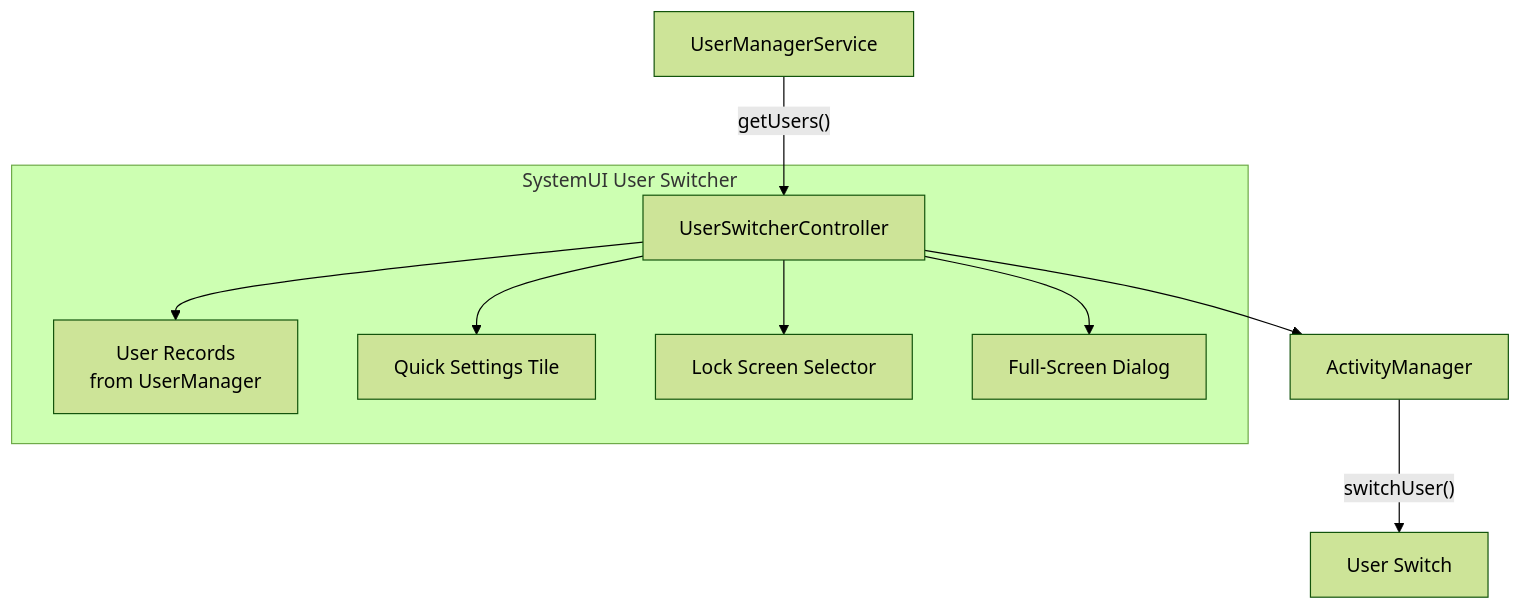
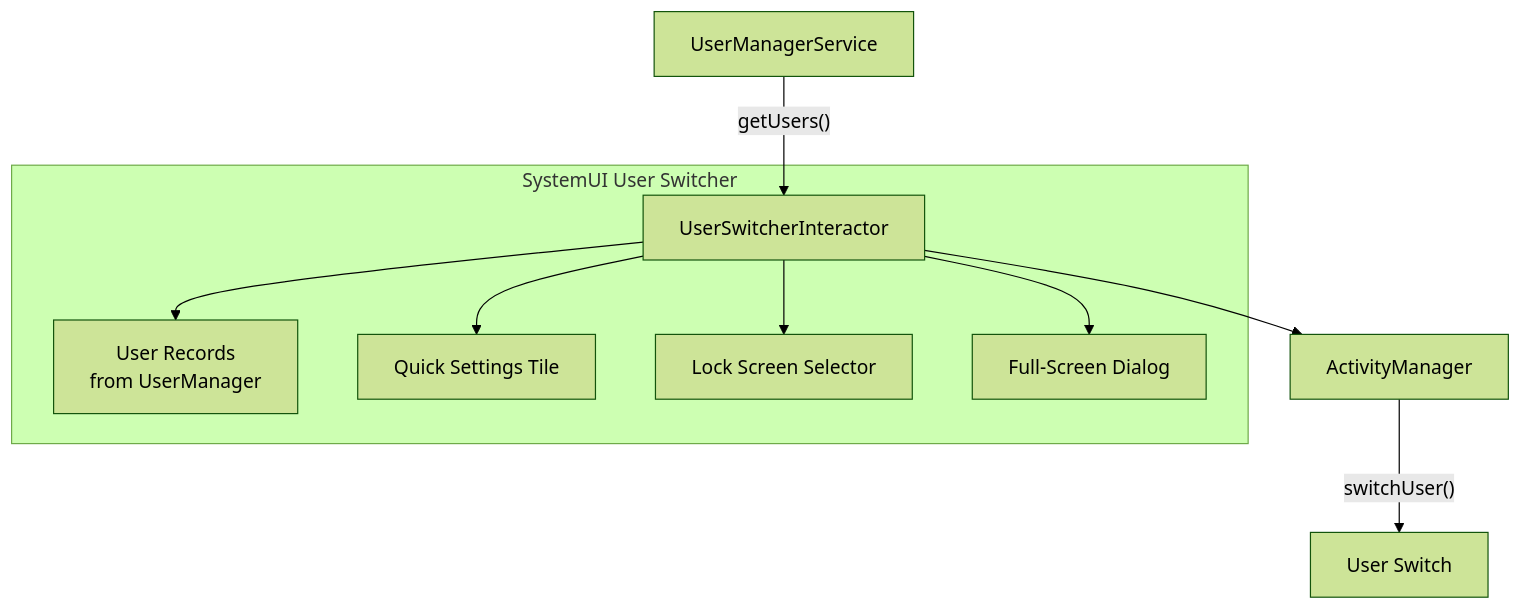
Diagram 22 of 28 in 31-multi-user.md (aospbooks/aosp-internal-book), drawn with Mermaid (forest theme) before and after one commit. The commit also changed other lines of this file and 218 other files, not shown here.

````diff
--- a/31-multi-user.md
+++ b/31-multi-user.md
@@ -2300,14 +2332,14 @@
 ```mermaid
 graph TB
     subgraph "SystemUI User Switcher"
-        USC[UserSwitcherController]
+        USC[UserSwitcherInteractor]
         USC --> USERS["User Records<br/>from UserManager"]
         USC --> QS[Quick Settings Tile]
         USC --> LS[Lock Screen Selector]
         USC --> DIALOG[Full-Screen Dialog]
     end
 
     UMS[UserManagerService] -->|"getUsers()"| USC
     AM[ActivityManager] -->|"switchUser()"| SWITCH[User Switch]
     USC --> AM
 ```
````
